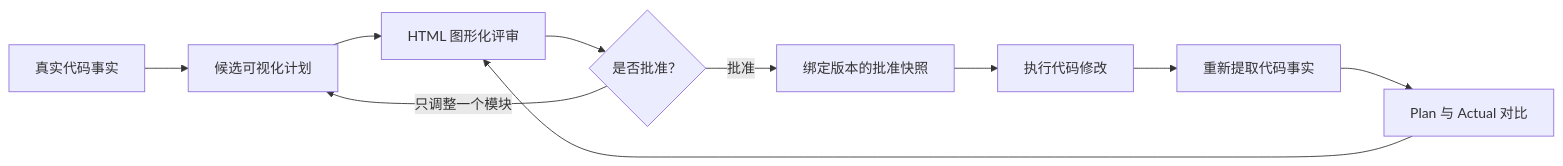
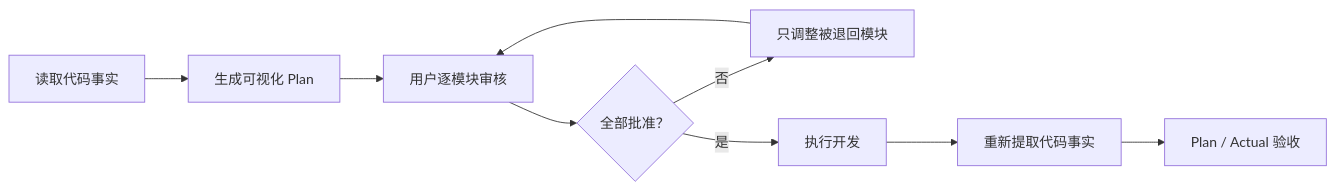
One commit to MisterRaindrop/intentcanvas changed the second of 2 diagrams in README.zh-CN.md. Above: the diagram before and after it, drawn with Mermaid. The commit also changed other lines of this file and 1 other file, not shown here.

````diff
--- a/README.zh-CN.md
+++ b/README.zh-CN.md
@@ -49,12 +351,11 @@
 ```mermaid
 flowchart LR
-    A["真实代码事实"] --> B["候选可视化计划"]
-    B --> C["HTML 图形化评审"]
-    C --> D{"是否批准？"}
-    D -- "只调整一个模块" --> B
-    D -- "批准" --> E["绑定版本的批准快照"]
-    E --> F["执行代码修改"]
+    A["读取代码事实"] --> B["生成可视化 Plan"]
+    B --> C["用户逐模块审核"]
+    C --> D{"全部批准？"}
+    D -- "否" --> E["只调整被退回模块"]
+    E --> C
+    D -- "是" --> F["执行开发"]
     F --> G["重新提取代码事实"]
-    G --> H["Plan 与 Actual 对比"]
-    H --> C
+    G --> H["Plan / Actual 验收"]
 ```
````
